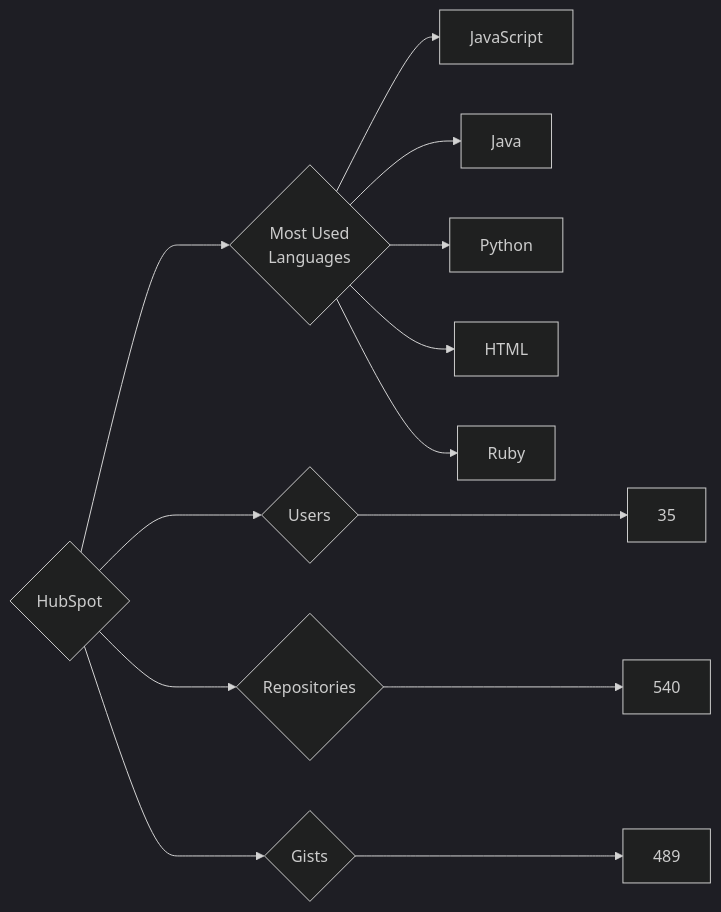
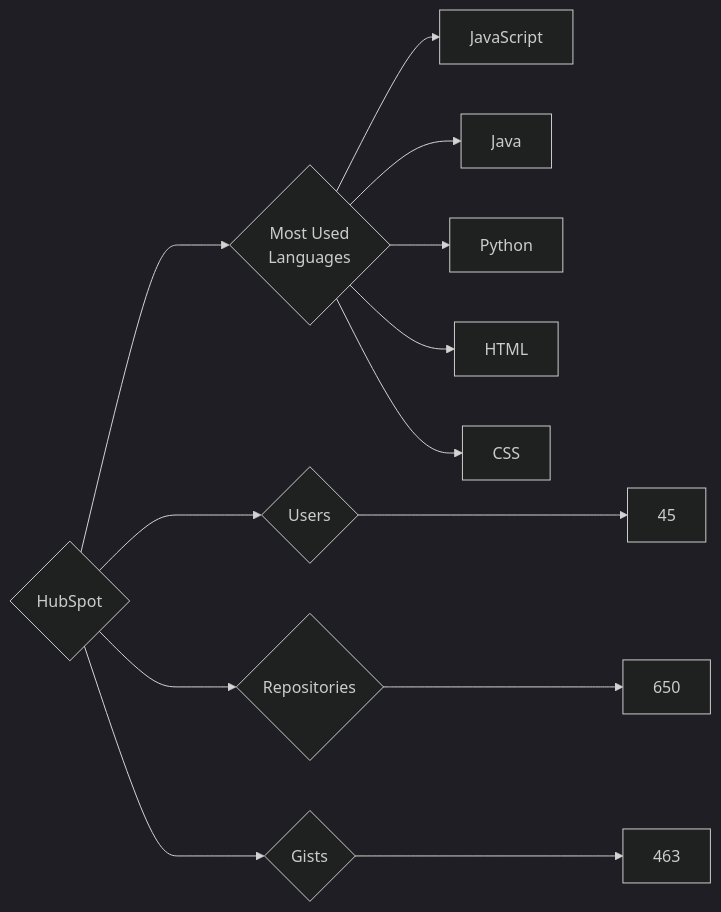
Before and after one commit to trickest/insiders: the diagram in targets/HubSpot/README.md, drawn with Mermaid (dark theme). The commit also changed 894 other files, not shown here.

````diff
--- a/targets/HubSpot/README.md
+++ b/targets/HubSpot/README.md
@@ -3,13 +3,13 @@
 ```mermaid
 graph LR
 COMPANY_NAME{HubSpot}
-COMPANY_NAME ---> U{Users} ---> UN[35]
-COMPANY_NAME ---> R{Repositories} ---> RN[540]
-COMPANY_NAME ---> G{Gists} ---> GN[489]
+COMPANY_NAME ---> U{Users} ---> UN[45]
+COMPANY_NAME ---> R{Repositories} ---> RN[650]
+COMPANY_NAME ---> G{Gists} ---> GN[463]
 COMPANY_NAME ---> ML{Most Used<br>Languages}
 ML --> JavaScript[JavaScript]
 ML --> Java[Java]
 ML --> Python[Python]
 ML --> HTML[HTML]
-ML --> Ruby[Ruby]
+ML --> CSS[CSS]
 ```
````
